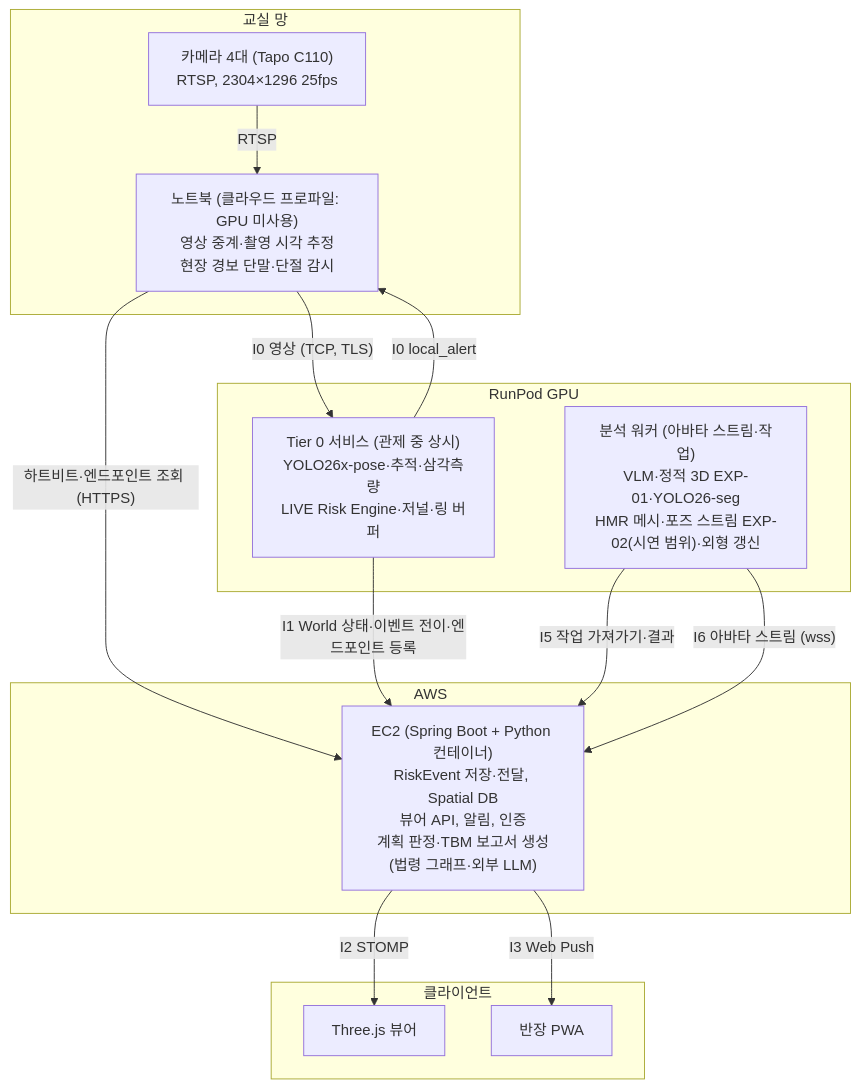
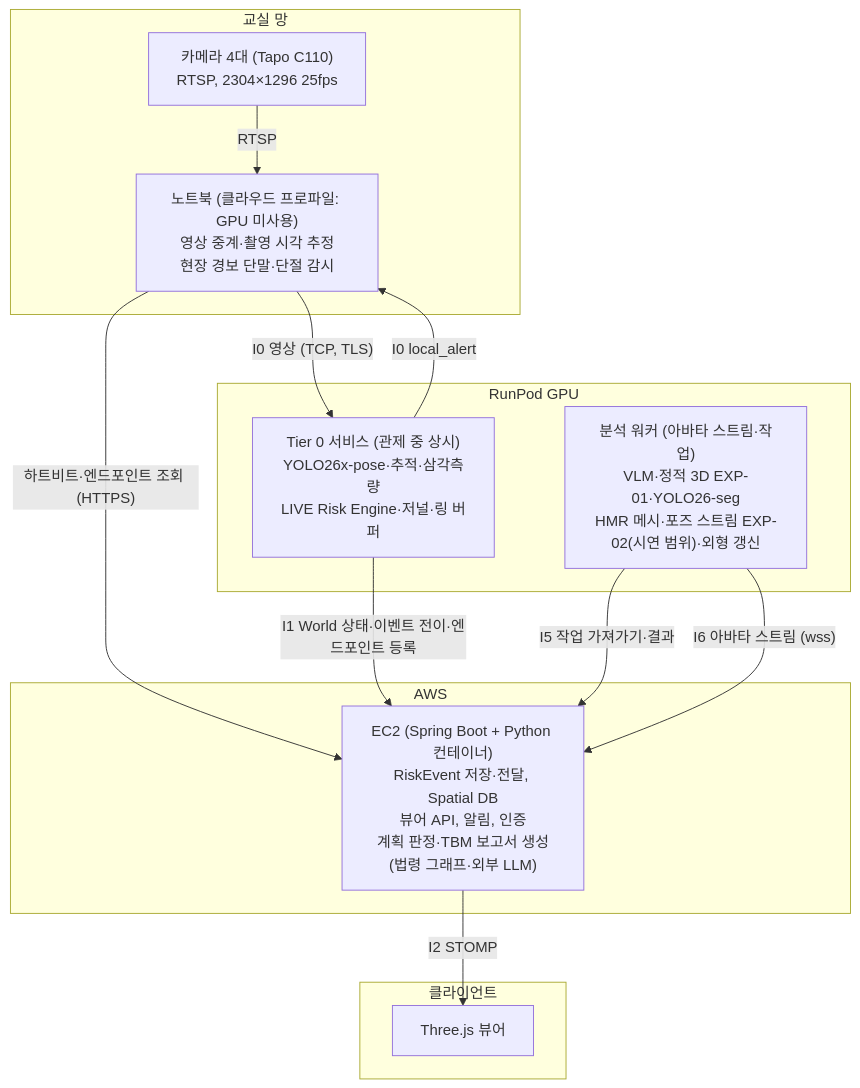
The first of 2 diagrams in docs/spec/03-system.md (Janjonghwa/simai), drawn with Mermaid before and after one commit. The commit also changed other lines of this file and 20 other files, not shown here.

````diff
--- a/docs/spec/03-system.md
+++ b/docs/spec/03-system.md
@@ -158,27 +158,25 @@
 ```mermaid
 flowchart TB
   subgraph Classroom["교실 망"]
     CAM["카메라 4대 (Tapo C110)<br/>RTSP, 2304×1296 25fps"]
     GW["노트북 (클라우드 프로파일: GPU 미사용)<br/>영상 중계·촬영 시각 추정<br/>현장 경보 단말·단절 감시"]
     CAM -->|RTSP| GW
   end
   subgraph RunPod["RunPod GPU"]
     T0["Tier 0 서비스 (관제 중 상시)<br/>YOLO26x-pose·추적·삼각측량<br/>LIVE Risk Engine·저널·링 버퍼"]
     AW["분석 워커 (아바타 스트림·작업)<br/>VLM·정적 3D EXP-01·YOLO26-seg<br/>HMR 메시·포즈 스트림 EXP-02(시연 범위)·외형 갱신"]
   end
   subgraph AWS["AWS"]
     EC2["EC2 (Spring Boot + Python 컨테이너)<br/>RiskEvent 저장·전달, Spatial DB<br/>뷰어 API, 알림, 인증<br/>계획 판정·TBM 보고서 생성(법령 그래프·외부 LLM)"]
   end
   subgraph Clients["클라이언트"]
     V["Three.js 뷰어"]
-    P["반장 PWA"]
   end
   GW -->|"I0 영상 (TCP, TLS)"| T0
   T0 -->|"I0 local_alert"| GW
   GW -->|"하트비트·엔드포인트 조회 (HTTPS)"| EC2
   T0 -->|"I1 World 상태·이벤트 전이·엔드포인트 등록"| EC2
   AW -->|"I5 작업 가져가기·결과"| EC2
   AW -->|"I6 아바타 스트림 (wss)"| EC2
   EC2 -->|I2 STOMP| V
-  EC2 -->|I3 Web Push| P
 ```
````
